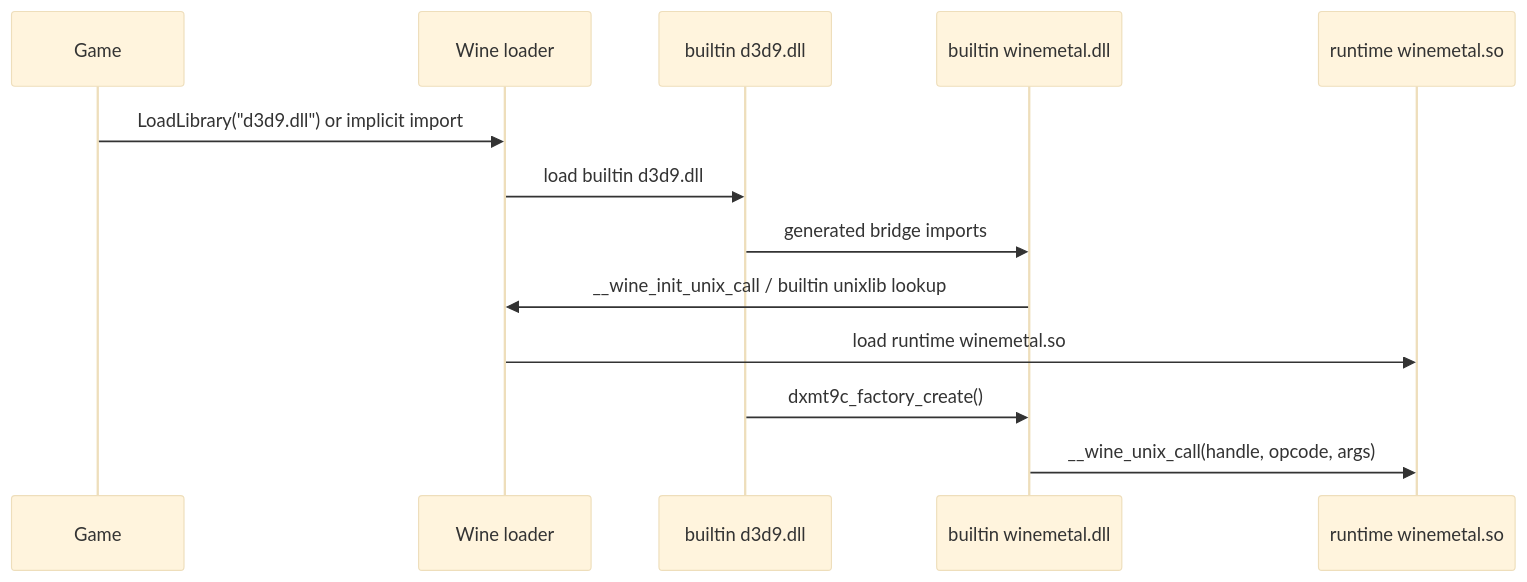
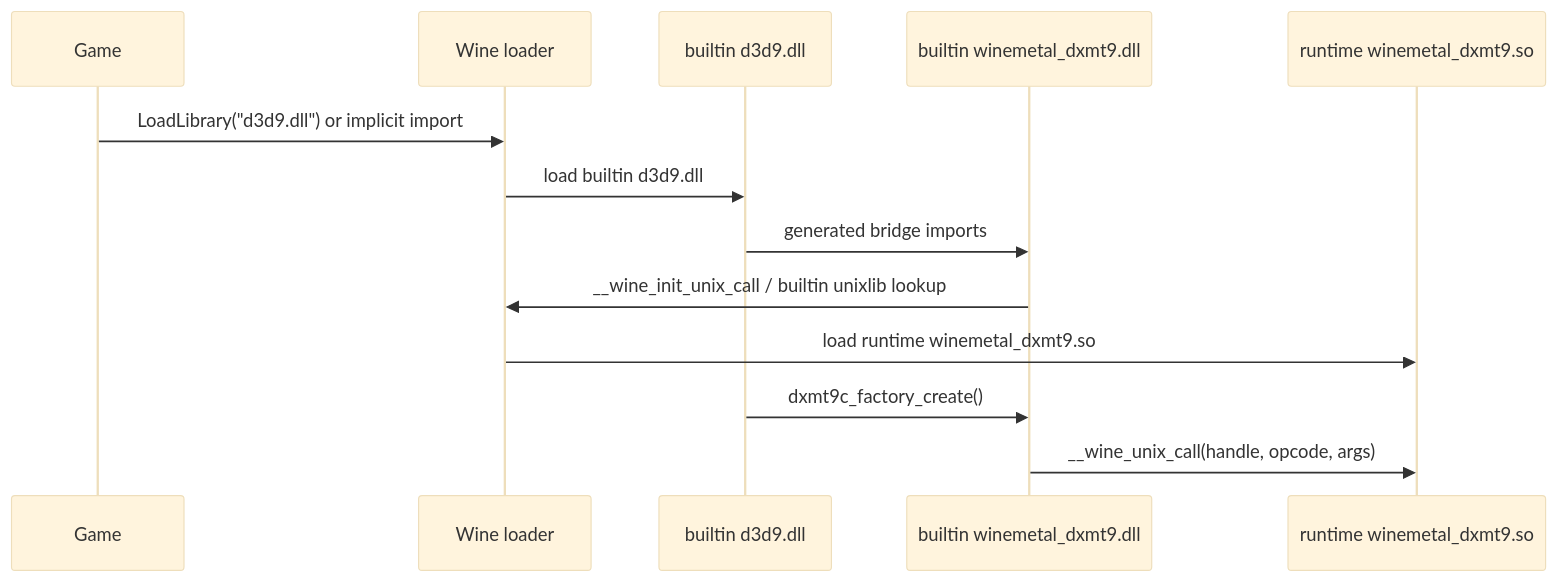
One commit to dfdgsdfg/dxmt9 changed the second of 4 diagrams in specs/deploy/spec.md. Above: the diagram before and after it, drawn with Mermaid (base theme). The commit also changed other lines of this file and 10 other files, not shown here.

````diff
--- a/specs/deploy/spec.md
+++ b/specs/deploy/spec.md
@@ -180,16 +198,16 @@
 ```mermaid
 sequenceDiagram
     participant App as Game
     participant Wine as Wine loader
     participant D9 as builtin d3d9.dll
-    participant WM as builtin winemetal.dll
-    participant SO as runtime winemetal.so
+    participant WM as builtin winemetal_dxmt9.dll
+    participant SO as runtime winemetal_dxmt9.so
 
     App->>Wine: LoadLibrary("d3d9.dll") or implicit import
     Wine->>D9: load builtin d3d9.dll
     D9->>WM: generated bridge imports
     WM->>Wine: __wine_init_unix_call / builtin unixlib lookup
-    Wine->>SO: load runtime winemetal.so
+    Wine->>SO: load runtime winemetal_dxmt9.so
     D9->>WM: dxmt9c_factory_create()
     WM->>SO: __wine_unix_call(handle, opcode, args)
 ```
````
